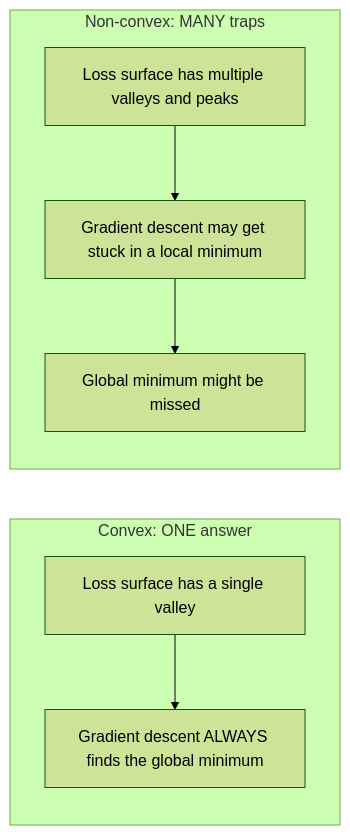
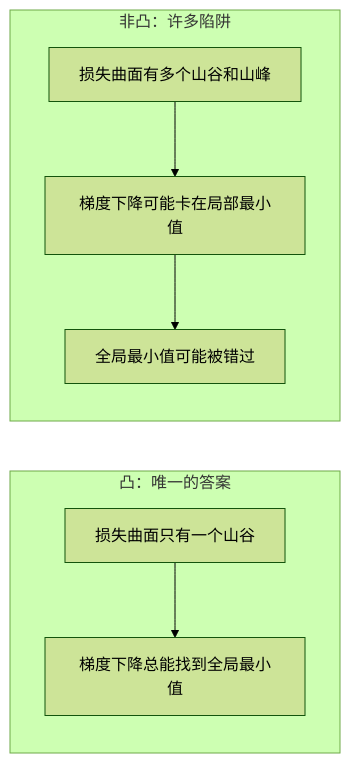
One commit to alessandrodinisio-ai/ai-engineering-learning-framework changed the first of 4 diagrams in phases/01-math-foundations/18-convex-optimization/docs/zh.md. Above: the diagram before and after it, drawn with Mermaid (forest theme). The commit also changed other lines of this file and 120 other files, not shown here.

First line of the commit message:
i18n(mermaid): 337 个 mermaid 图表标签中文化

````diff
--- a/phases/01-math-foundations/18-convex-optimization/docs/zh.md
+++ b/phases/01-math-foundations/18-convex-optimization/docs/zh.md
@@ -96,12 +96,12 @@
 ```mermaid
 graph LR
-    subgraph "Convex: ONE answer"
+    subgraph "凸：唯一的答案"
         direction TB
-        C1["Loss surface has a single valley"] --> C2["Gradient descent ALWAYS finds the global minimum"]
+        C1["损失曲面只有一个山谷"] --> C2["梯度下降总能找到全局最小值"]
     end
-    subgraph "Non-convex: MANY traps"
+    subgraph "非凸：许多陷阱"
         direction TB
-        N1["Loss surface has multiple valleys and peaks"] --> N2["Gradient descent may get stuck in a local minimum"]
-        N2 --> N3["Global minimum might be missed"]
+        N1["损失曲面有多个山谷和山峰"] --> N2["梯度下降可能卡在局部最小值"]
+        N2 --> N3["全局最小值可能被错过"]
     end
 ```
````
